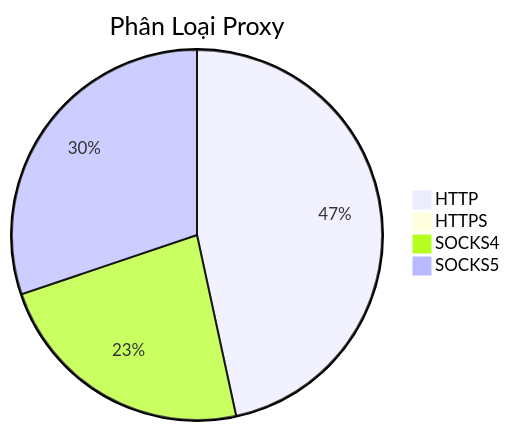
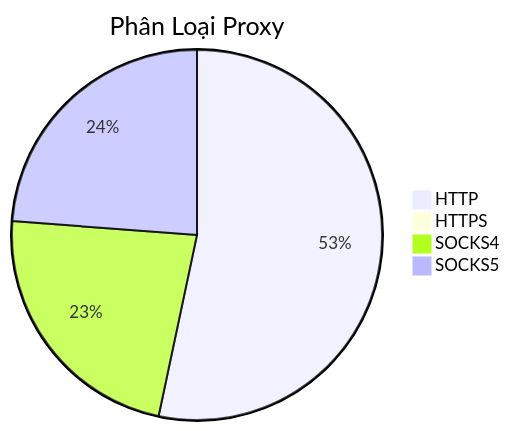
Before and after one commit to Ciara-12/PROXY-free: the diagram in README.md, drawn with Mermaid. The commit also changed other lines of this file and 4 other files, not shown here.

````diff
--- a/README.md
+++ b/README.md
@@ -26,7 +26,7 @@
 ```mermaid
 pie title Phân Loại Proxy
-    "HTTP" : 769
+    "HTTP" : 986
     "HTTPS" : 1
-    "SOCKS4" : 383
-    "SOCKS5" : 498
+    "SOCKS4" : 423
+    "SOCKS5" : 440
 ```
````
